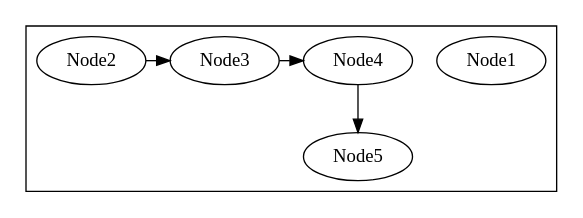
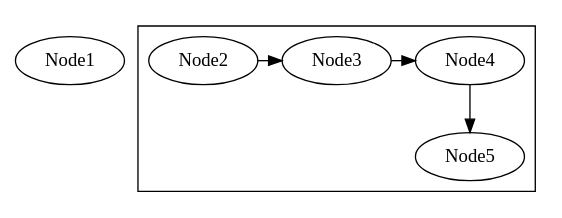
One commit to sisyphus1212/note changed the fifth of 5 diagrams in other/graphviz.md. Above: the diagram before and after it, drawn with Graphviz.

Commit message:
auto_update

````diff
--- a/other/graphviz.md
+++ b/other/graphviz.md
@@ -61,13 +61,14 @@
 ```graphviz
 digraph {
+    node[]"Node1";
     subgraph cluster_vertical_example{
-    node[]"Node1";
+
 
     "Node2"-> "Node3";
     "Node3"-> "Node4";
 
     {rankdir=LR rank=same; "Node2"; "Node3"; "Node4";}
     "Node4"->"Node5"
     }
 }
 ```
````
